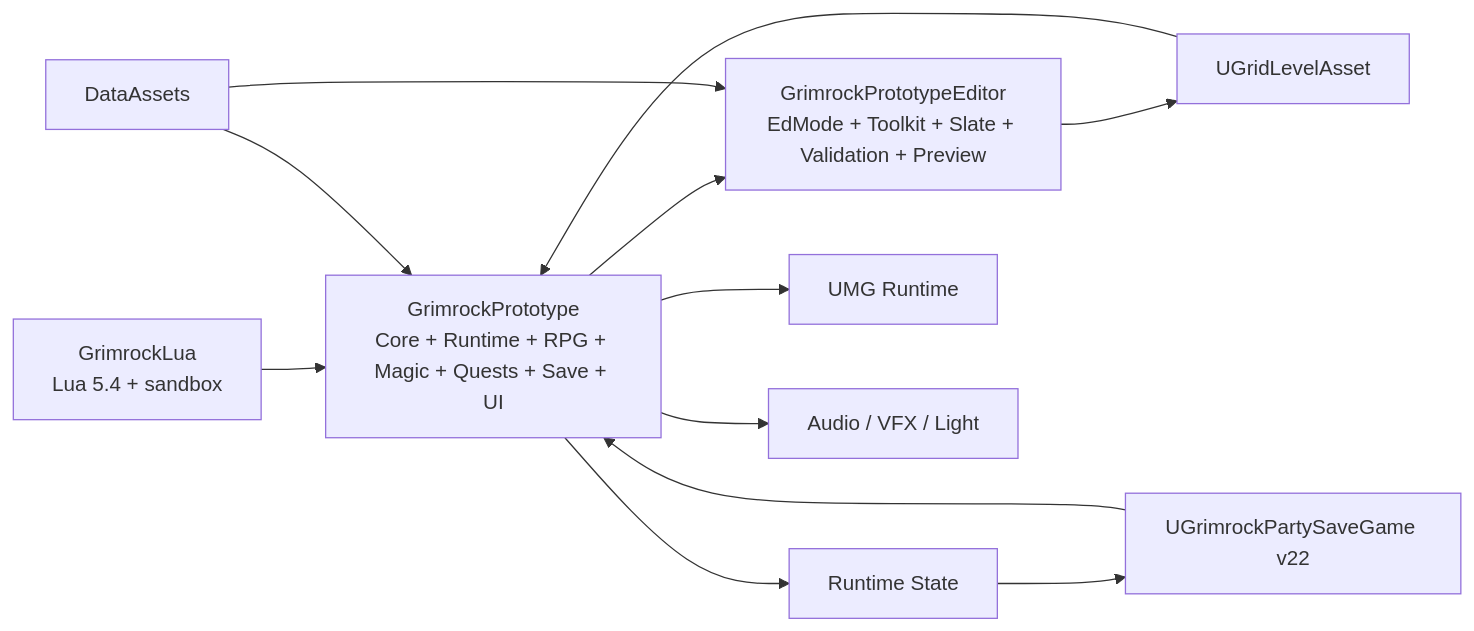
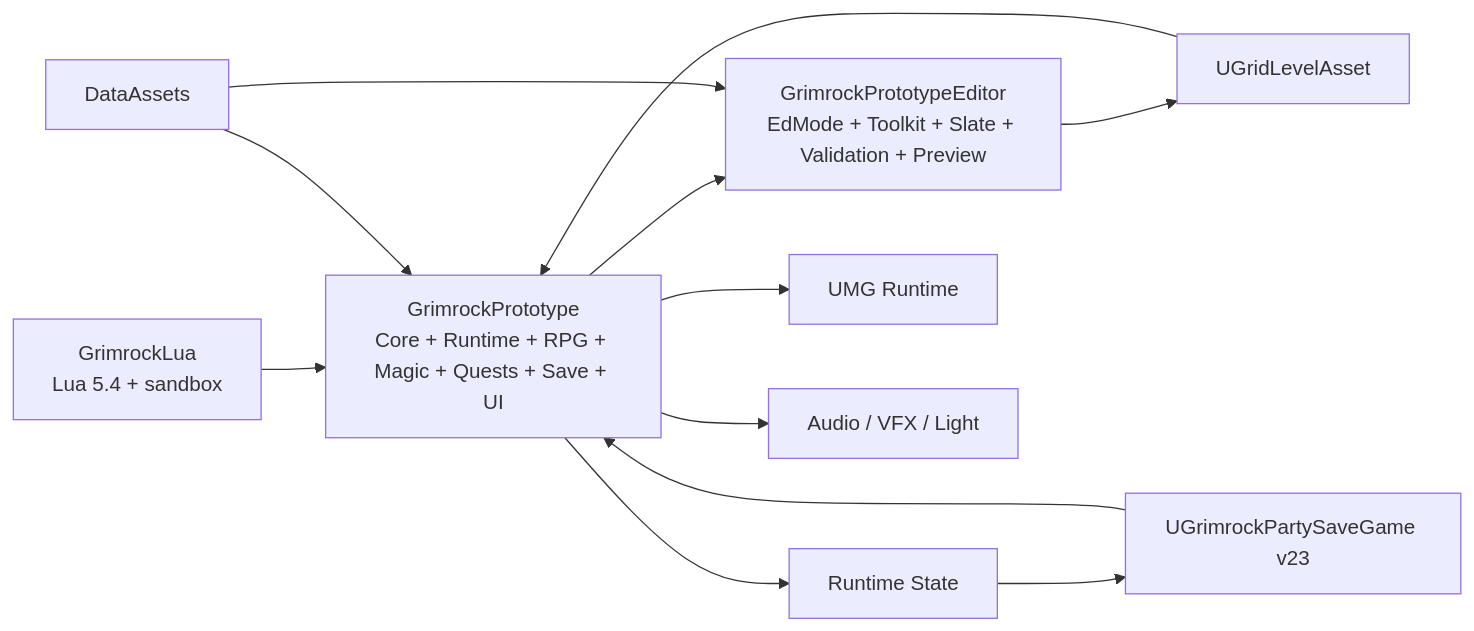
One commit to PhilippeMartin1964/GrimrockPrototype changed the first of 20 diagrams in docs/Architecture/Maps/GRIMROCK_PROJECT_MAP_MERMAID.md. Above: the diagram before and after it, drawn with Mermaid. The commit also changed other lines of this file and 11 other files, not shown here.

````diff
--- a/docs/Architecture/Maps/GRIMROCK_PROJECT_MAP_MERMAID.md
+++ b/docs/Architecture/Maps/GRIMROCK_PROJECT_MAP_MERMAID.md
@@ -9,14 +9,14 @@
 ```mermaid
 flowchart LR
     LUA[GrimrockLua\nLua 5.4 + sandbox] --> RT[GrimrockPrototype\nCore + Runtime + RPG + Magic + Quests + Save + UI]
     RT --> ED[GrimrockPrototypeEditor\nEdMode + Toolkit + Slate + Validation + Preview]
     DA[DataAssets] --> RT
     DA --> ED
     ED --> LVL[UGridLevelAsset]
     LVL --> RT
     RT --> STATE[Runtime State]
-    STATE --> SAVE[UGrimrockPartySaveGame v22]
+    STATE --> SAVE[UGrimrockPartySaveGame v23]
     SAVE --> RT
     RT --> UI[UMG Runtime]
     RT --> AUDIO[Audio / VFX / Light]
 ```
````
